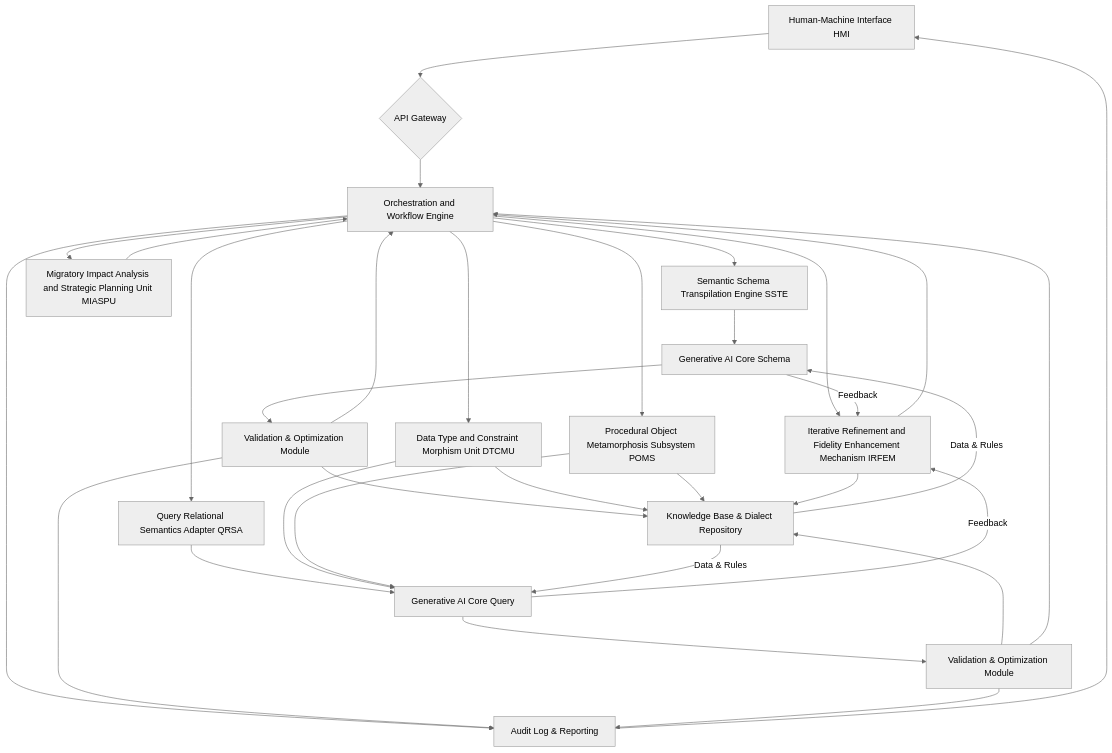
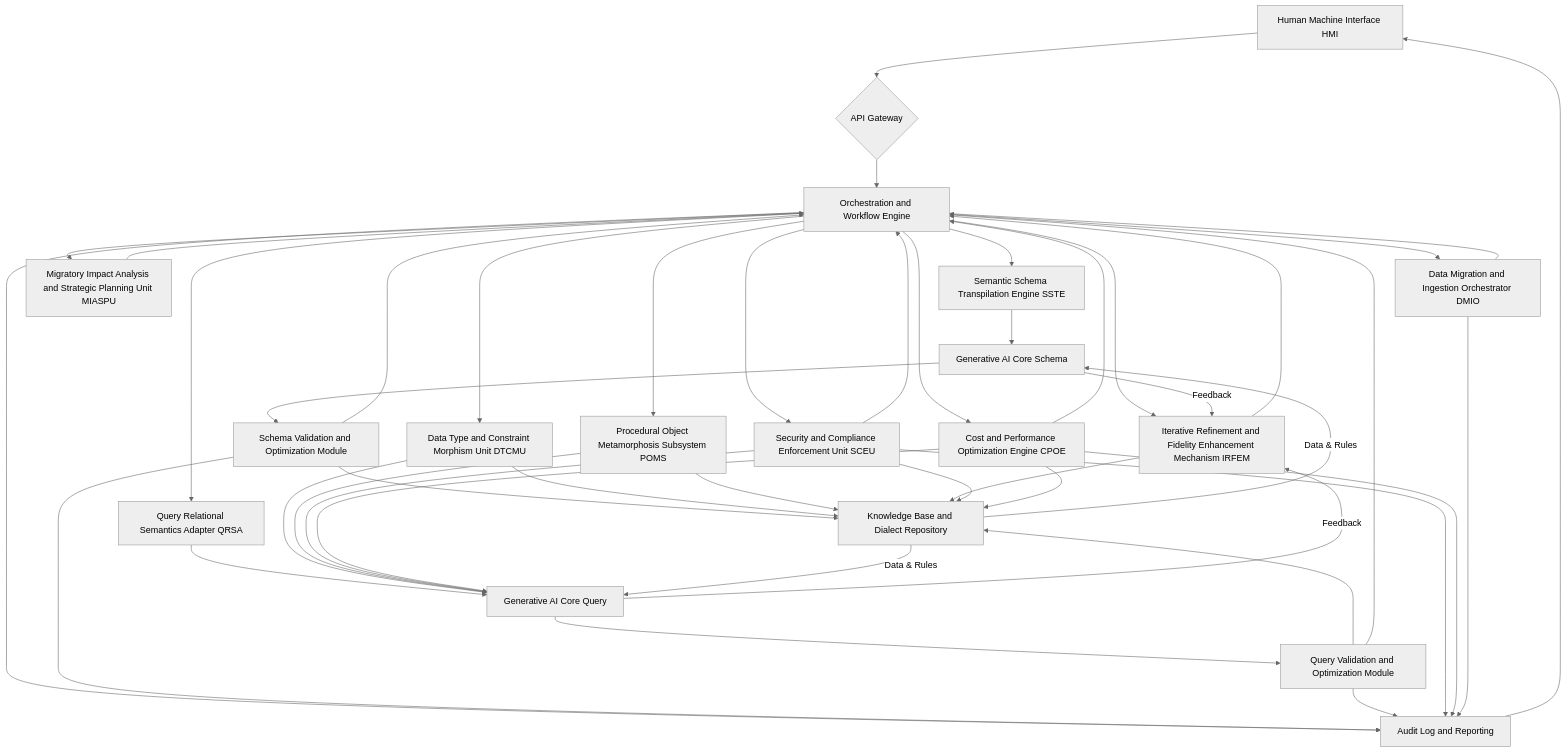
One commit to diplomat-bit/Citibank_Demo_Business_Inc_Demonstration- changed the first of 2 diagrams in inventions/035_ai_powered_database_migration.md. Above: the diagram before and after it, drawn with Mermaid (neutral theme). The commit also changed other lines of this file, not shown here.

Commit message:
[AI] Edit: inventions/035_ai_powered_database_migration.md

````diff
--- a/inventions/035_ai_powered_database_migration.md
+++ b/inventions/035_ai_powered_database_migration.md
@@ -18,42 +18,55 @@
 ```mermaid
 graph TD
-    A[Human-Machine Interface HMI] --> B{API Gateway};
+    A[Human Machine Interface HMI] --> B{API Gateway};
     B --> C[Orchestration and Workflow Engine];
 
     C --> D[Semantic Schema Transpilation Engine SSTE];
     C --> E[Query Relational Semantics Adapter QRSA];
     C --> F[Data Type and Constraint Morphism Unit DTCMU];
     C --> G[Procedural Object Metamorphosis Subsystem POMS];
     C --> H[Iterative Refinement and Fidelity Enhancement Mechanism IRFEM];
     C --> I[Migratory Impact Analysis and Strategic Planning Unit MIASPU];
+    C --> P[Security and Compliance Enforcement Unit SCEU];
+    C --> Q[Cost and Performance Optimization Engine CPOE];
+    C --> R[Data Migration and Ingestion Orchestrator DMIO];
 
     D --> J[Generative AI Core Schema];
     E --> K[Generative AI Core Query];
     F --> K;
     G --> K;
+    P --> K;
+    Q --> K;
 
     J -- Feedback --> H;
     K -- Feedback --> H;
 
-    J --> L[Validation & Optimization Module];
-    K --> M[Validation & Optimization Module];
+    J --> L[Schema Validation and Optimization Module];
+    K --> M[Query Validation and Optimization Module];
 
-    L --> N[Knowledge Base & Dialect Repository];
+    L --> N[Knowledge Base and Dialect Repository];
     M --> N;
     F --> N;
     G --> N;
     H --> N;
+    P --> N;
+    Q --> N;
 
     N -- Data & Rules --> J;
     N -- Data & Rules --> K;
 
     L --> C;
     M --> C;
     I --> C;
     H --> C;
+    P --> C;
+    Q --> C;
+    R --> C;
 
-    C --> O[Audit Log & Reporting];
+    C --> O[Audit Log and Reporting];
     O --> A;
     L --> O;
     M --> O;
+    P --> O;
+    Q --> O;
+    R --> O;
 ```
````
